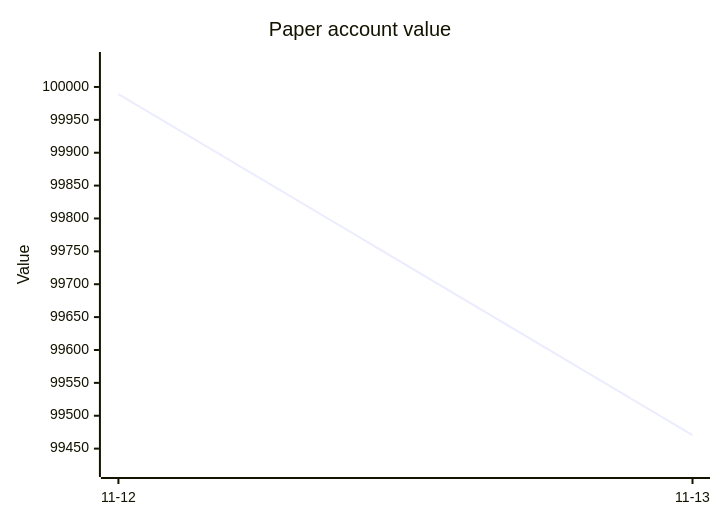
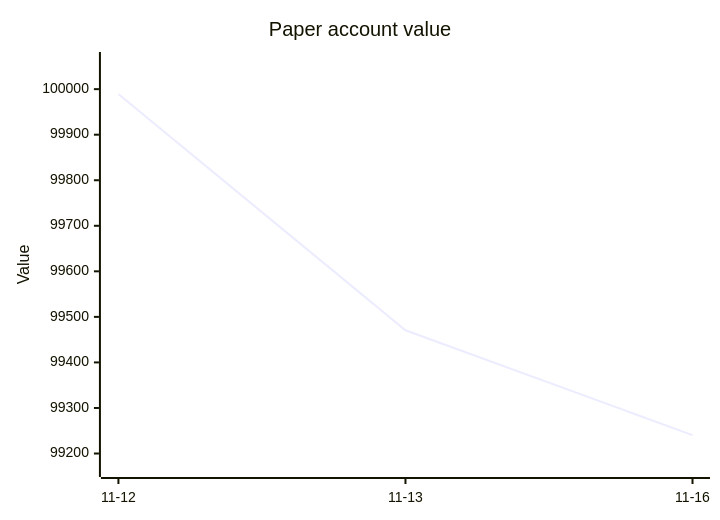
Before and after one commit to owlpowell50-creator/trading-bot: the second of 2 diagrams in 00 - Bot Dashboard.md, drawn with Mermaid. The commit also changed other lines of this file and 13 other files, not shown here.

````diff
--- a/00 - Bot Dashboard.md
+++ b/00 - Bot Dashboard.md
@@ -59,7 +60,7 @@
 ```mermaid
 xychart-beta
     title "Paper account value"
-    x-axis ["11-12", "11-13"]
-    y-axis "Value" 99419 --> 100041
-    line [99989.1, 99470.6]
+    x-axis ["11-12", "11-13", "11-16"]
+    y-axis "Value" 99166 --> 100064
+    line [99989.1, 99470.6, 99240.4]
 ```
````
